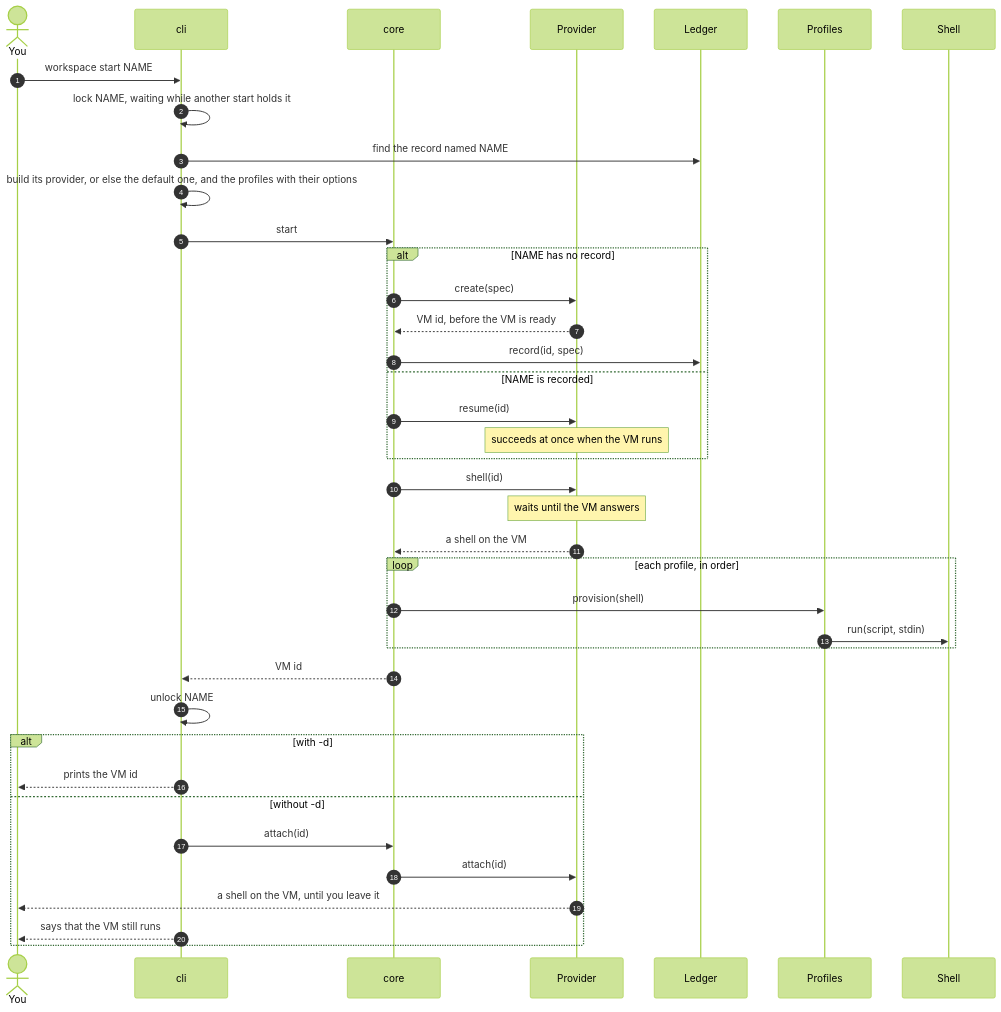
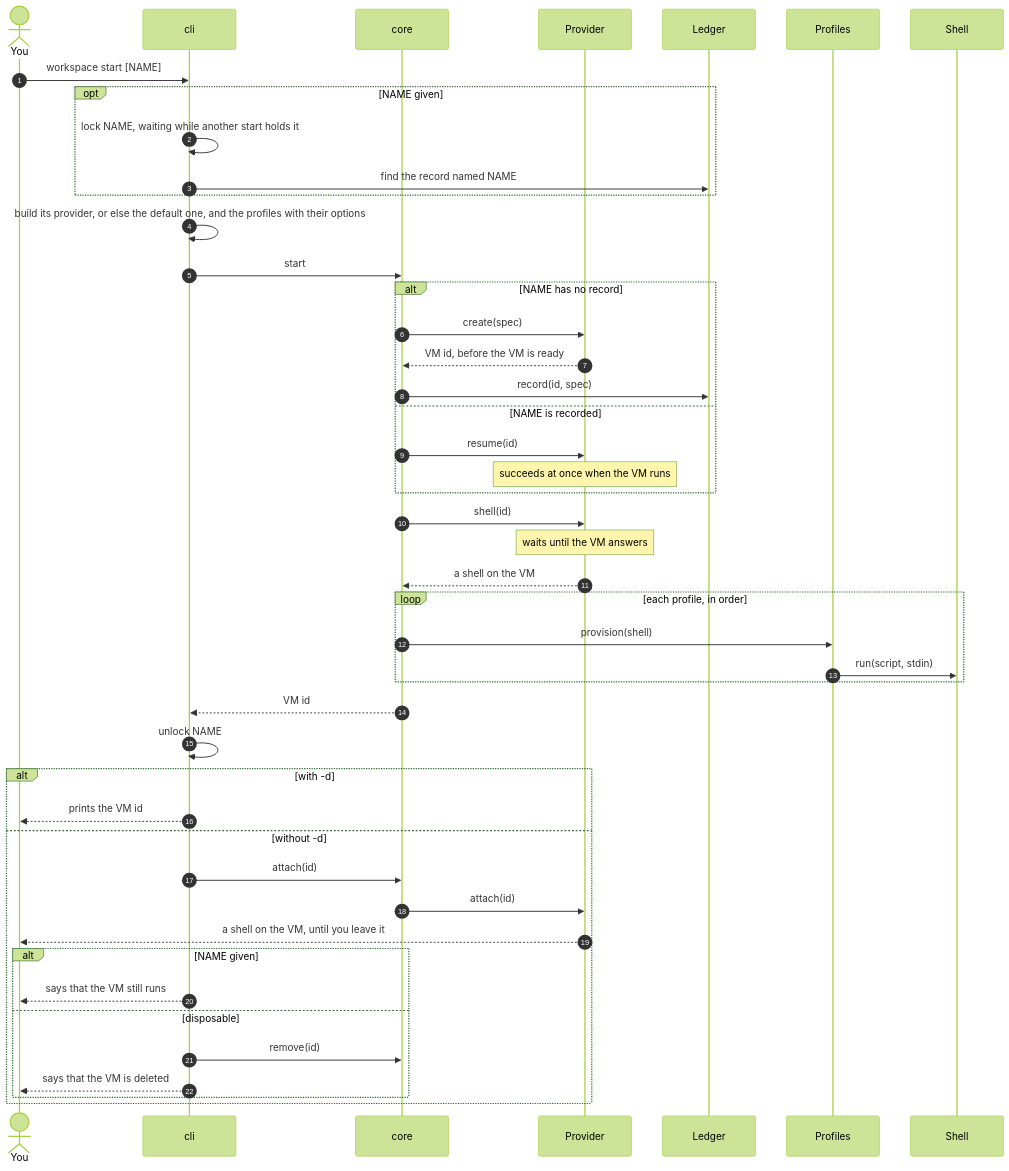
Before and after one commit to NextNodeSolutions/workspace: the third of 7 diagrams in docs/architecture.md, drawn with Mermaid (forest theme). The commit also changed other lines of this file and 17 other files, not shown here.

First line of the commit message:
feat: disposable VMs by default, kept VMs by name, and snapshots as images

````diff
--- a/docs/architecture.md
+++ b/docs/architecture.md
@@ -63,41 +63,48 @@
 ```mermaid
 sequenceDiagram
     autonumber
     actor You
     participant CLI as cli
     participant Core as core
     participant P as Provider
     participant L as Ledger
     participant Pr as Profiles
     participant S as Shell
-    You->>CLI: workspace start NAME
-    CLI->>CLI: lock NAME, waiting while another start holds it
-    CLI->>L: find the record named NAME
+    You->>CLI: workspace start [NAME]
+    opt NAME given
+        CLI->>CLI: lock NAME, waiting while another start holds it
+        CLI->>L: find the record named NAME
+    end
     CLI->>CLI: build its provider, or else the default one, and the profiles with their options
     CLI->>Core: start
     alt NAME has no record
         Core->>P: create(spec)
         P-->>Core: VM id, before the VM is ready
         Core->>L: record(id, spec)
     else NAME is recorded
         Core->>P: resume(id)
         Note over P: succeeds at once when the VM runs
     end
     Core->>P: shell(id)
     Note over P: waits until the VM answers
     P-->>Core: a shell on the VM
     loop each profile, in order
         Core->>Pr: provision(shell)
         Pr->>S: run(script, stdin)
     end
     Core-->>CLI: VM id
     CLI->>CLI: unlock NAME
     alt with -d
         CLI-->>You: prints the VM id
     else without -d
         CLI->>Core: attach(id)
         Core->>P: attach(id)
         P-->>You: a shell on the VM, until you leave it
-        CLI-->>You: says that the VM still runs
+        alt NAME given
+            CLI-->>You: says that the VM still runs
+        else disposable
+            CLI->>Core: remove(id)
+            CLI-->>You: says that the VM is deleted
+        end
     end
 ```
````
